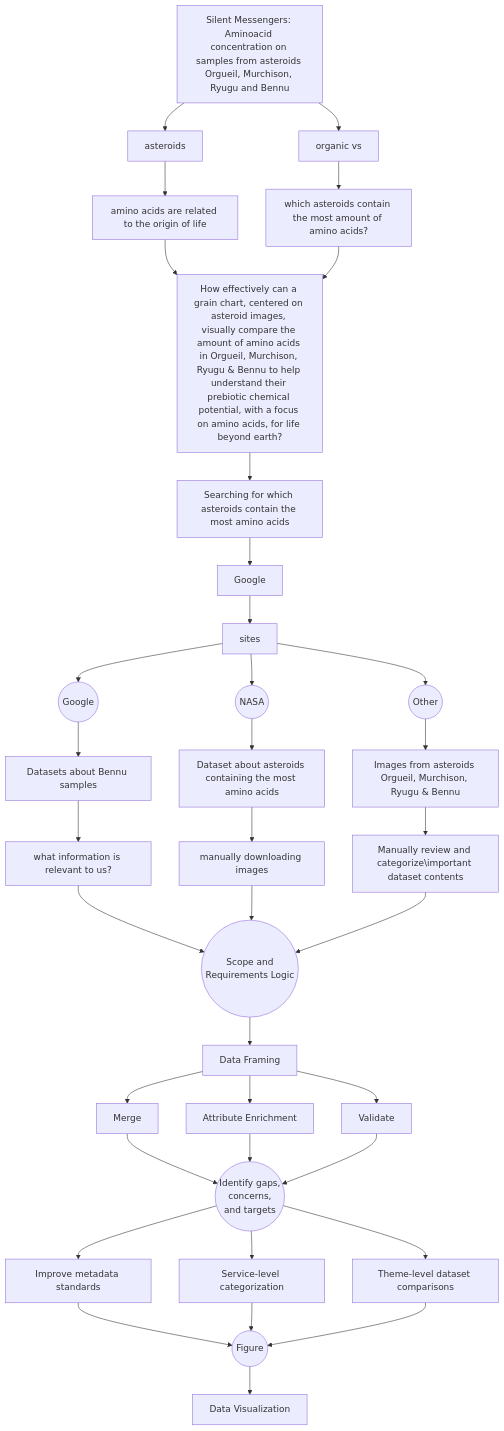
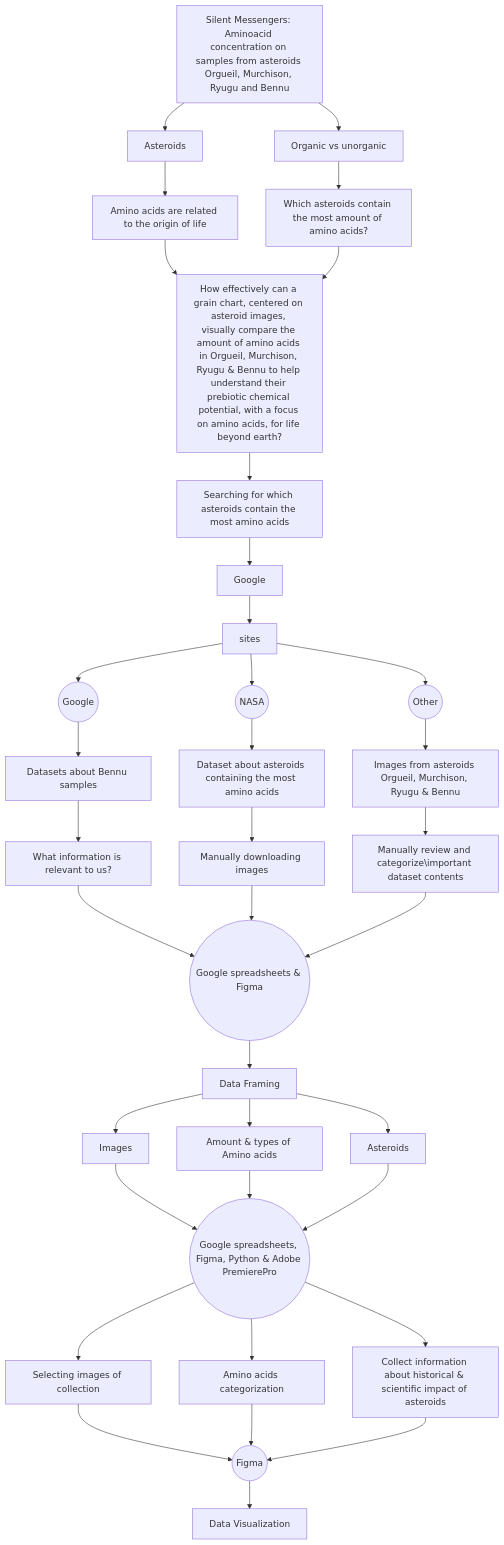
Before and after one commit to rubenroesti/DDD-2025-Group08: the diagram in README.md, drawn with Mermaid.

````diff
--- a/README.md
+++ b/README.md
@@ -20,77 +20,77 @@
 ```mermaid
     flowchart TD
 
 %% ============================
 %% PRELIMINARY RESEARCH
 %% ============================
 
 A["Silent Messengers: Aminoacid concentration on samples from asteroids Orgueil, Murchison, Ryugu and Bennu"]
 
-A --> B1["asteroids"]
-A --> B2["organic vs"]
+A --> B1["Asteroids"]
+A --> B2["Organic vs unorganic"]
 
-B1 --> C1["amino acids are related to the origin of life"]
-B2 --> C2["which asteroids contain the most amount of amino acids?"]
+B1 --> C1["Amino acids are related to the origin of life"]
+B2 --> C2["Which asteroids contain the most amount of amino acids?"]
 
 C1 --> D["How effectively can a grain chart, centered on asteroid images, visually compare the amount of amino acids in Orgueil, Murchison, Ryugu & Bennu to help understand their prebiotic chemical potential, with a focus on amino acids, for life beyond earth?"]
 C2 --> D
 
 D --> E["Searching for which asteroids contain the most amino acids"]
 
 E --> F["Google"]
 
 %% ============================
 %% DATA COLLECTION
 %% ============================
 
 F --> G["sites"]
 
 G --> H1((Google))
 G --> H2((NASA))
 G --> H3((Other))
 
 H1 --> I1["Datasets about Bennu samples"]
 H2 --> I2["Dataset about asteroids containing the most amino acids"]
 H3 --> I3["Images from asteroids Orgueil, Murchison, Ryugu & Bennu"]
 
 %% ============================
 %% DATA ANALYSIS
 %% ============================
 
-I1 --> J1["what information is relevant to us?"]
-I2 --> J2["manually downloading images"]
+I1 --> J1["What information is relevant to us?"]
+I2 --> J2["Manually downloading images"]
 I3 --> J3["Manually review and categorize\important dataset contents"]
 
-J1 --> K((Scope and\nRequirements Logic))
+J1 --> K((Google spreadsheets & Figma))
 J2 --> K
 J3 --> K
 
 %% ============================
 %% DATASET BUILDING
 %% ============================
 
 K --> L["Data Framing"]
 
-L --> M1["Merge"]
-L --> M2["Attribute Enrichment"]
-L --> M3["Validate"]
+L --> M1["Images"]
+L --> M2["Amount & types of Amino acids"]
+L --> M3["Asteroids"]
 
-M1 --> N((Identify gaps,\nconcerns,\nand targets))
+M1 --> N((Google spreadsheets, Figma, Python & Adobe PremierePro))
 M2 --> N
 M3 --> N
 
-N --> O1["Improve metadata standards"]
-N --> O2["Service-level categorization"]
-N --> O3["Theme-level dataset comparisons"]
+N --> O1["Selecting images of collection"]
+N --> O2["Amino acids categorization"]
+N --> O3["Collect information about historical & scientific impact of asteroids"]
 
 %% ============================
 %% DATA VISUALIZATION
 %% ============================
 
-O1 --> P((Figure))
+O1 --> P((Figma))
 O2 --> P
 O3 --> P
 
 P --> Q["Data Visualization"]
 
 ```
````
